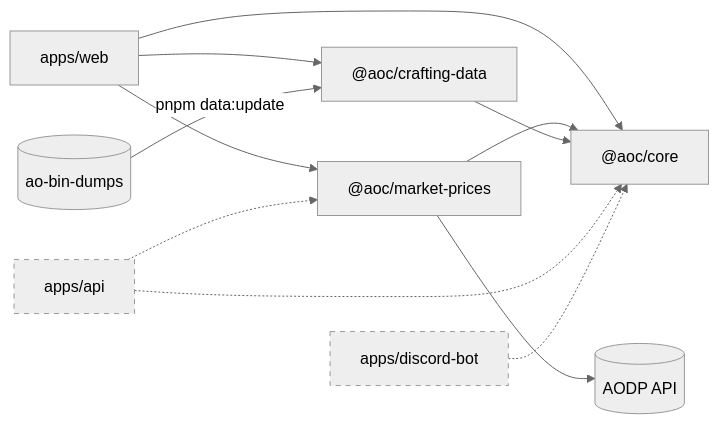
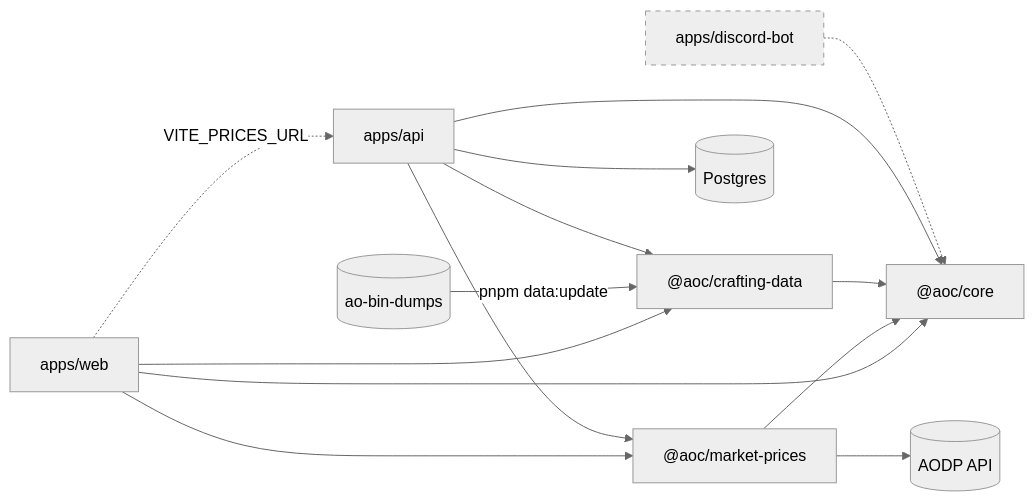
One commit to ralphaile/albion-crafting changed the diagram in README.md. Above: the diagram before and after it, drawn with Mermaid (neutral theme). The commit also changed other lines of this file and 5 other files, not shown here.

````diff
--- a/README.md
+++ b/README.md
@@ -50,15 +50,18 @@
 ```mermaid
 flowchart LR
   web["apps/web"] --> core["@aoc/core"]
   web --> prices["@aoc/market-prices"]
   web --> data["@aoc/crafting-data"]
   prices --> core
   data --> core
   prices --> aodp[("AODP API")]
   dumps[("ao-bin-dumps")] -- "pnpm data:update" --> data
-  api["apps/api"] -.-> core
-  api -.-> prices
+  api["apps/api"] --> core
+  api --> prices
+  api --> data
+  api --> db[("Postgres")]
+  web -. "VITE_PRICES_URL" .-> api
   bot["apps/discord-bot"] -.-> core
   classDef later stroke-dasharray: 5 5
-  class api,bot later
+  class bot later
 ```
````
